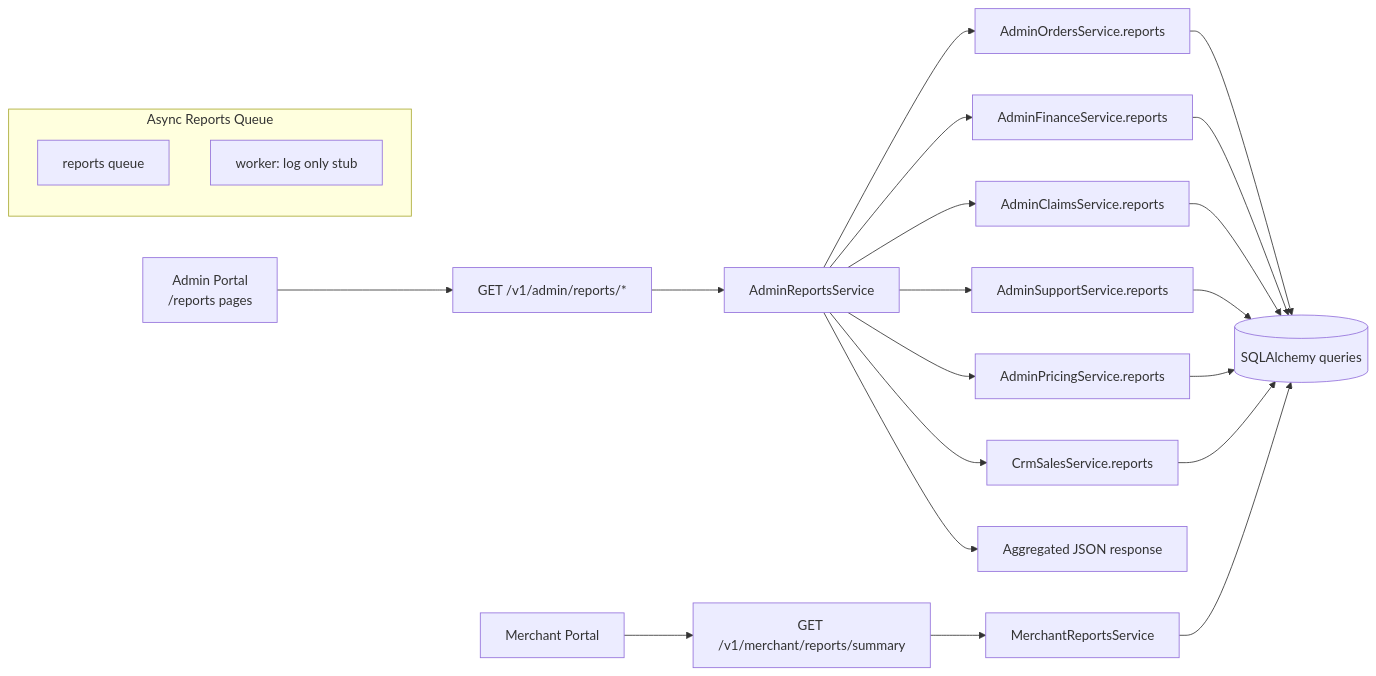
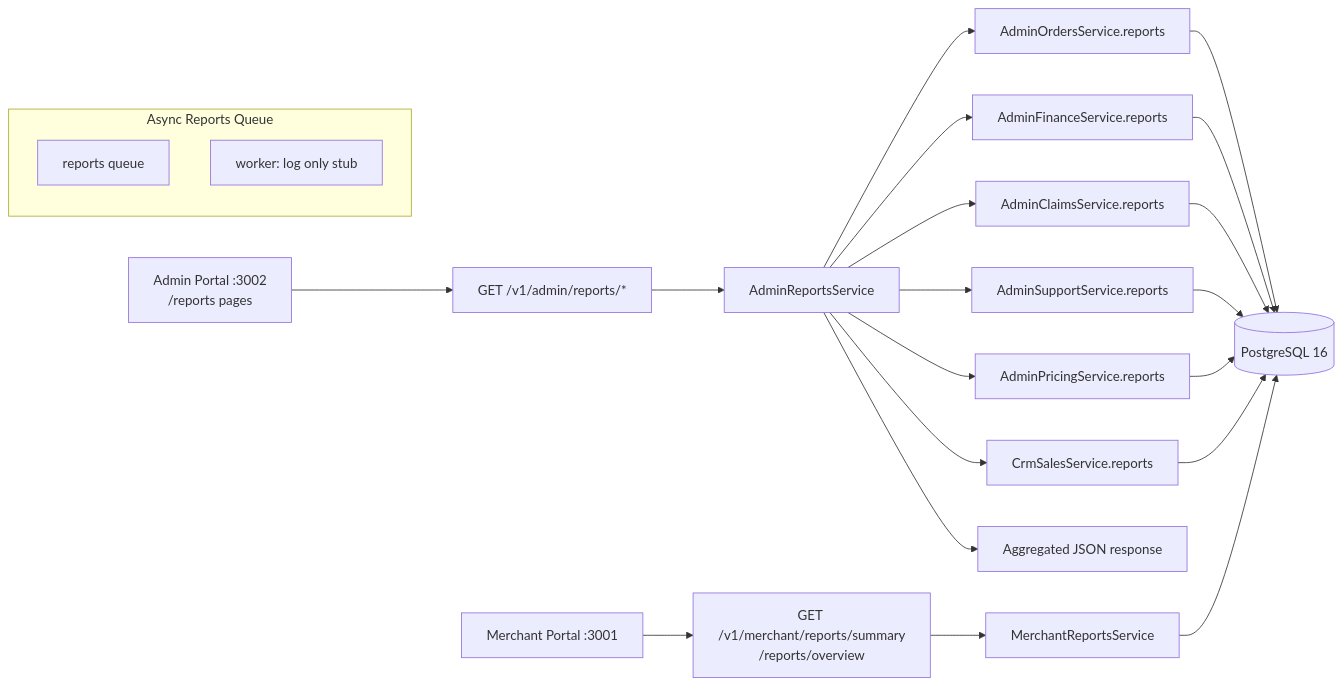
The diagram in docs/architecture/REPORTING_FLOW.md (PORTERCHAIN-INC/PCD), drawn with Mermaid before and after one commit. The commit also changed other lines of this file and 453 other files, not shown here.

````diff
--- a/docs/architecture/REPORTING_FLOW.md
+++ b/docs/architecture/REPORTING_FLOW.md
@@ -35,19 +45,19 @@
 ```mermaid
 flowchart LR
-  ADMIN[Admin Portal<br/>/reports pages] --> API["GET /v1/admin/reports/*"]
+  ADMIN[Admin Portal :3002<br/>/reports pages] --> API["GET /v1/admin/reports/*"]
   API --> ARS[AdminReportsService]
   ARS --> OS[AdminOrdersService.reports]
   ARS --> FS[AdminFinanceService.reports]
   ARS --> CS[AdminClaimsService.reports]
   ARS --> SS[AdminSupportService.reports]
   ARS --> PS[AdminPricingService.reports]
   ARS --> CRM[CrmSalesService.reports]
-  OS & FS & CS & SS & PS & CRM --> DB[(SQLAlchemy queries)]
+  OS & FS & CS & SS & PS & CRM --> DB[(PostgreSQL 16)]
   ARS --> RESP[Aggregated JSON response]
-  MERCH[Merchant Portal] --> MRS["GET /v1/merchant/reports/summary"]
+  MERCH[Merchant Portal :3001] --> MRS["GET /v1/merchant/reports/summary<br/>/reports/overview"]
   MRS --> MerchantReportsService --> DB
   subgraph Async["Async Reports Queue"]
     RQ[reports queue]
     WP[worker: log only stub]
   end
 ```
````
